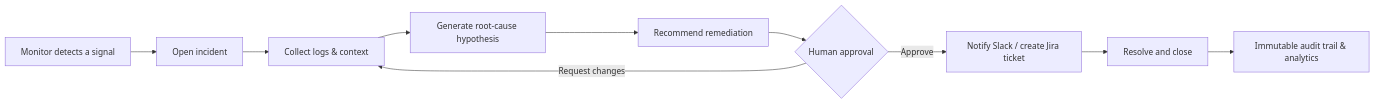
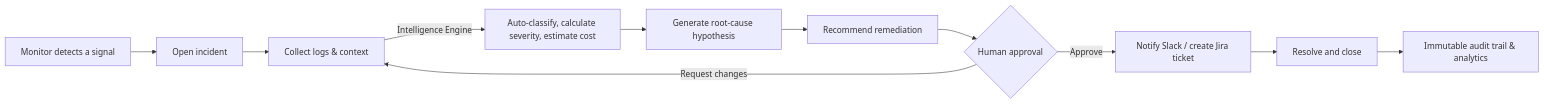
Before and after one commit to avinav2401/IncidentOps-AI: the first of 2 diagrams in README.md, drawn with Mermaid. The commit also changed other lines of this file and 26 other files, not shown here.

````diff
--- a/README.md
+++ b/README.md
@@ -54,12 +58,13 @@
 ```mermaid
 flowchart LR
     A["Monitor detects a signal"] --> B["Open incident"]
     B --> C["Collect logs & context"]
-    C --> D["Generate root-cause hypothesis"]
+    C -->|Intelligence Engine| I["Auto-classify, calculate severity, estimate cost"]
+    I --> D["Generate root-cause hypothesis"]
     D --> E["Recommend remediation"]
     E --> F{"Human approval"}
     F -->|"Approve"| G["Notify Slack / create Jira ticket"]
     F -->|"Request changes"| C
     G --> H["Resolve and close"]
-    H --> I["Immutable audit trail & analytics"]
+    H --> J["Immutable audit trail & analytics"]
 ```
````
